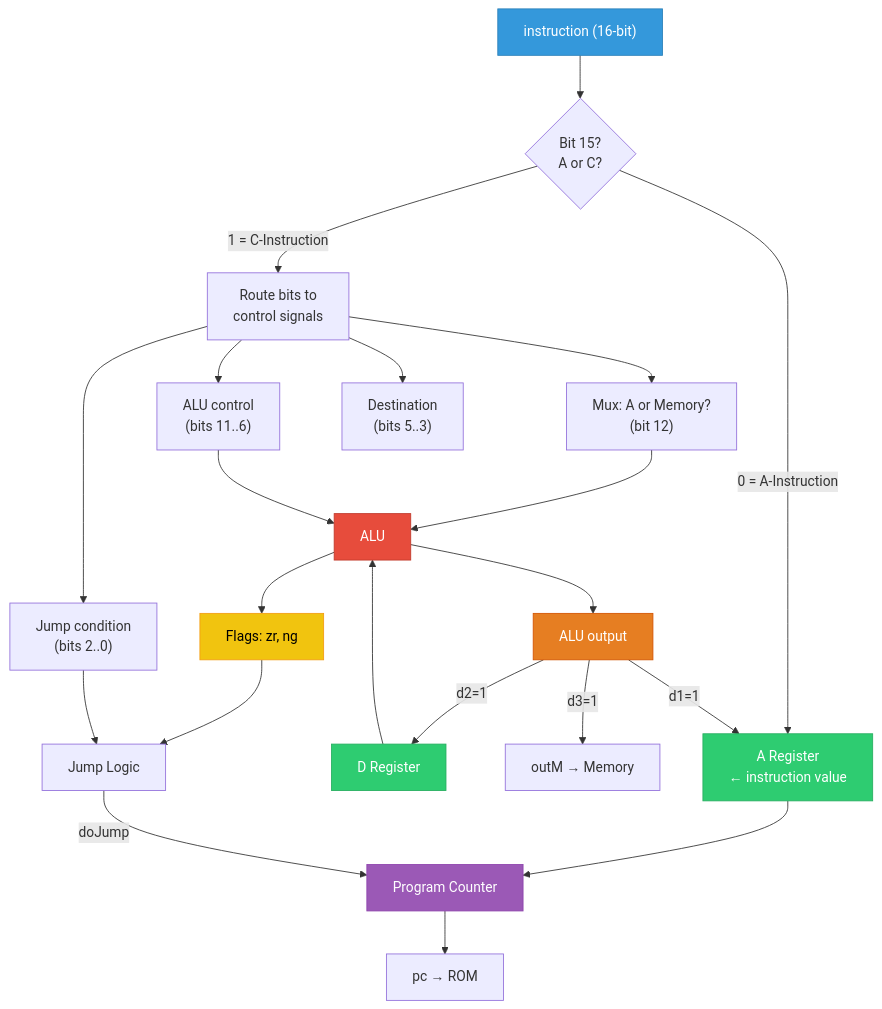
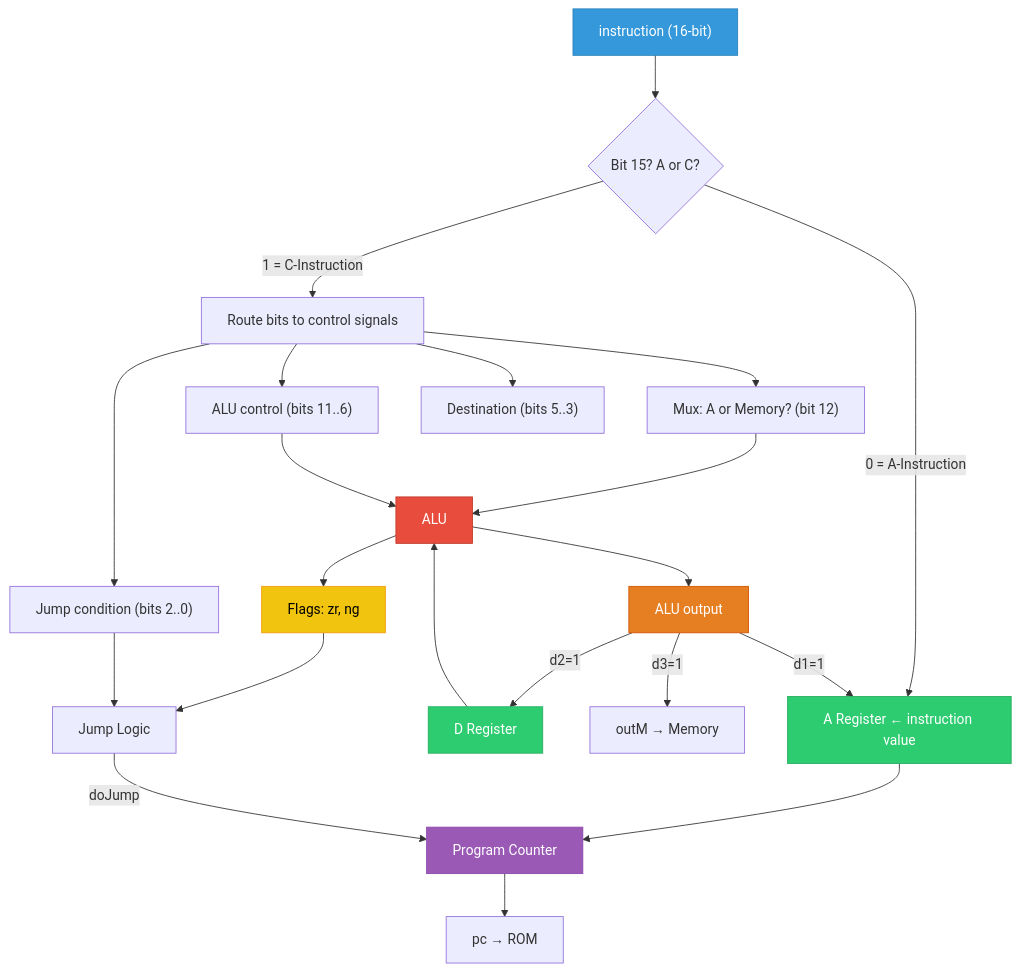
Before and after one commit to Muhammad540/Zap: the third of 5 diagrams in README.md, drawn with Mermaid. The commit also changed other lines of this file, not shown here.

````diff
--- a/README.md
+++ b/README.md
@@ -261,38 +261,38 @@
 ```mermaid
 flowchart TD
-    INST["instruction (16-bit)"] --> ISCINST{"Bit 15?\nA or C?"}
+    INST["instruction (16-bit)"] --> ISCINST{"Bit 15? A or C?"}
 
-    ISCINST -->|"0 = A-Instruction"| AREG["A Register\n← instruction value"]
-    ISCINST -->|"1 = C-Instruction"| DECODE["Route bits to\ncontrol signals"]
+    ISCINST -->|"0 = A-Instruction"| AREG["A Register ← instruction value"]
+    ISCINST -->|"1 = C-Instruction"| DECODE["Route bits to control signals"]
 
-    DECODE --> AMUX["Mux: A or Memory?\n(bit 12)"]
-    DECODE --> ALUCTL["ALU control\n(bits 11..6)"]
-    DECODE --> DEST["Destination\n(bits 5..3)"]
-    DECODE --> JUMP["Jump condition\n(bits 2..0)"]
+    DECODE --> AMUX["Mux: A or Memory? (bit 12)"]
+    DECODE --> ALUCTL["ALU control (bits 11..6)"]
+    DECODE --> DEST["Destination (bits 5..3)"]
+    DECODE --> JUMP["Jump condition (bits 2..0)"]
 
     DREG["D Register"] --> ALU["ALU"]
     AMUX --> ALU
     ALUCTL --> ALU
 
     ALU --> ALUOUT["ALU output"]
     ALU --> FLAGS["Flags: zr, ng"]
 
     ALUOUT -->|"d1=1"| AREG
     ALUOUT -->|"d2=1"| DREG
     ALUOUT -->|"d3=1"| OUTM["outM → Memory"]
 
     FLAGS --> JUMPLOGIC["Jump Logic"]
     JUMP --> JUMPLOGIC
 
     AREG --> PC["Program Counter"]
     JUMPLOGIC -->|"doJump"| PC
     PC --> PCOUT["pc → ROM"]
 
     style INST fill:#3498db,color:#fff,stroke:#2980b9
     style ALU fill:#e74c3c,color:#fff,stroke:#c0392b
     style AREG fill:#2ecc71,color:#fff,stroke:#27ae60
     style DREG fill:#2ecc71,color:#fff,stroke:#27ae60
     style PC fill:#9b59b6,color:#fff,stroke:#8e44ad
     style ALUOUT fill:#e67e22,color:#fff,stroke:#d35400
     style FLAGS fill:#f1c40f,color:#000,stroke:#f39c12
 ```
````
